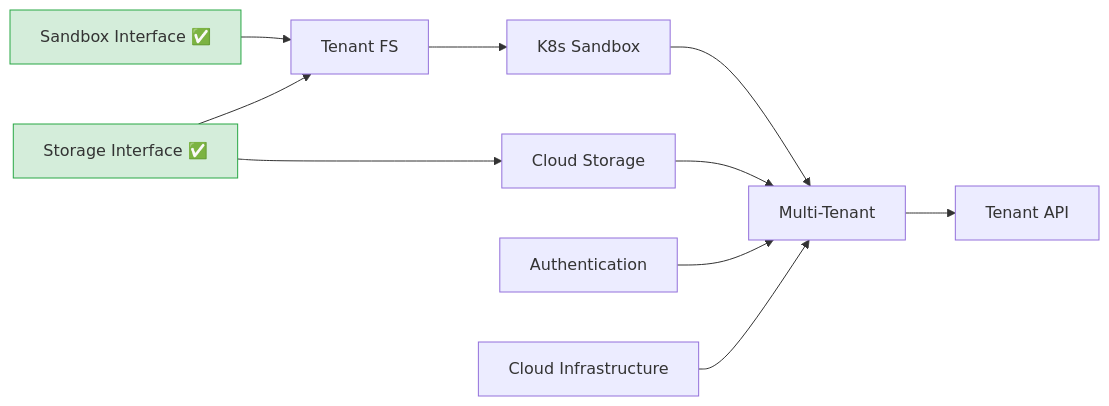
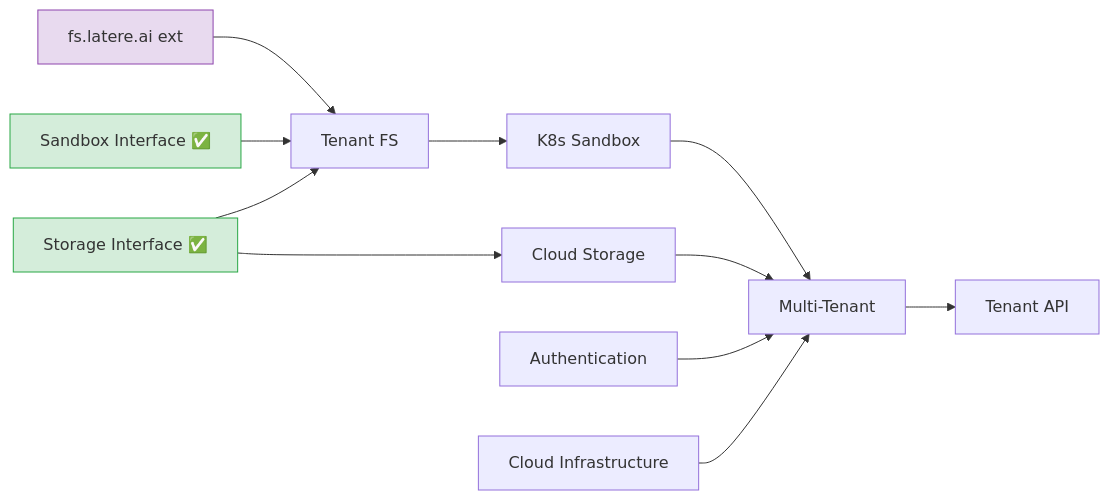
The second of 3 diagrams in specs/README.md (changkun/wallfacer), drawn with Mermaid before and after one commit. The commit also changed other lines of this file and 5 other files, not shown here.

````diff
--- a/specs/README.md
+++ b/specs/README.md
@@ -147,15 +147,17 @@
 ```mermaid
 graph LR
-  SBI[Sandbox Interface ✅] --> TFS[Tenant FS]
+  FS[fs.latere.ai ext] --> TFS[Tenant FS]
+  SBI[Sandbox Interface ✅] --> TFS
   STI[Storage Interface ✅] --> TFS
   TFS --> K8S[K8s Sandbox]
   STI --> CS[Cloud Storage]
   K8S --> MT[Multi-Tenant]
   CS --> MT
   AUTH[Authentication] --> MT
   CI[Cloud Infrastructure] --> MT
   MT --> TA[Tenant API]
 
   style SBI fill:#d4edda,stroke:#28a745
   style STI fill:#d4edda,stroke:#28a745
+  style FS fill:#e8daef,stroke:#8e44ad
 ```
````
